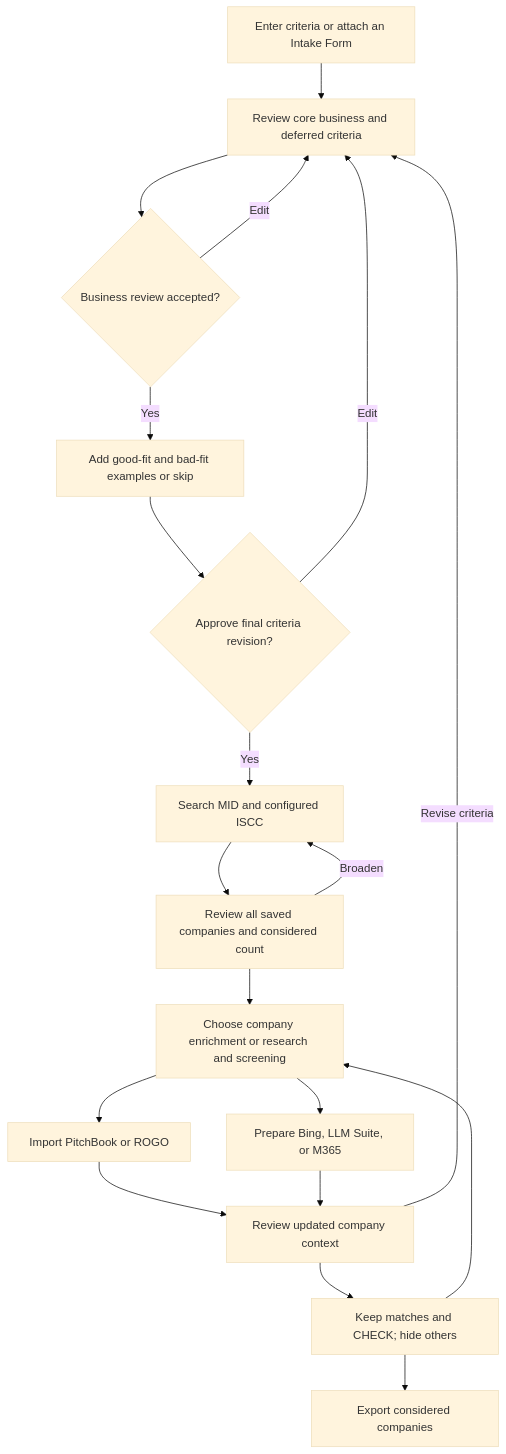
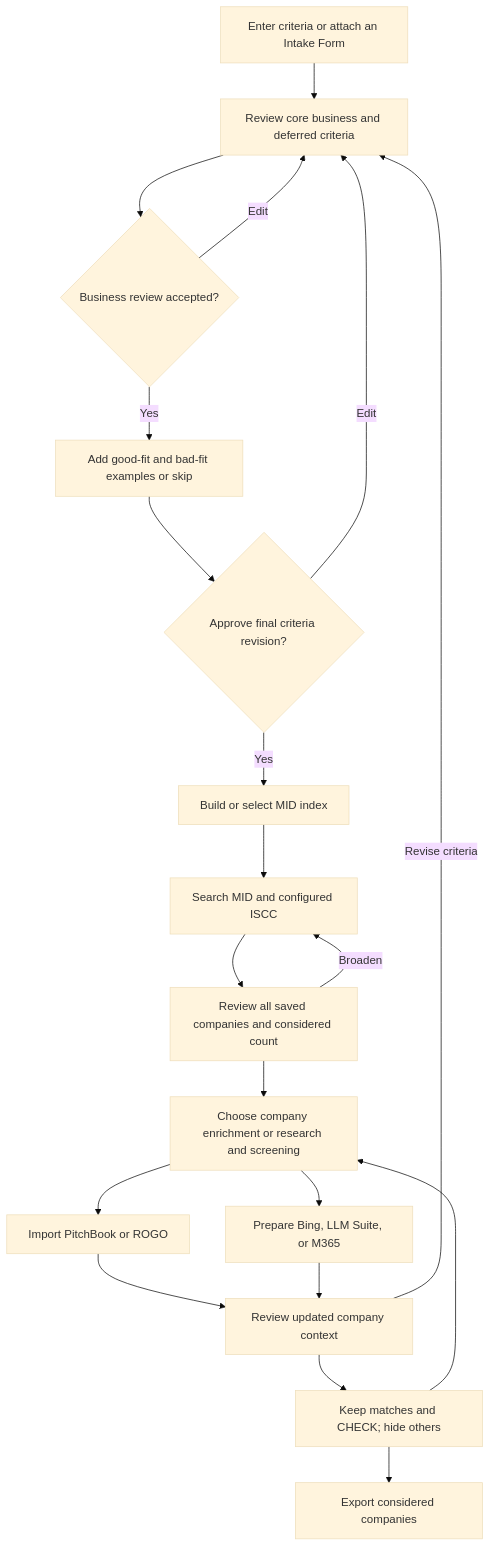
The diagram in mna-tools/docs/WORKFLOW.md (saksham-personal/local-first-mna-screening), drawn with Mermaid (base theme) before and after one commit. The commit also changed other lines of this file and 15 other files, not shown here.

````diff
--- a/mna-tools/docs/WORKFLOW.md
+++ b/mna-tools/docs/WORKFLOW.md
@@ -9,21 +9,22 @@
 ```mermaid
 flowchart TD
     A[Enter criteria or attach an Intake Form] --> B[Review core business and deferred criteria]
     B --> C{Business review accepted?}
     C -- Edit --> B
     C -- Yes --> E[Add good-fit and bad-fit examples or skip]
     E --> F{Approve final criteria revision?}
     F -- Edit --> B
-    F -- Yes --> G[Search MID and configured ISCC]
+    F -- Yes --> X[Build or select MID index]
+    X --> G[Search MID and configured ISCC]
     G --> H[Review all saved companies and considered count]
     H -- Broaden --> G
     H --> I[Choose company enrichment or research and screening]
     I --> J[Import PitchBook or ROGO]
     I --> K[Prepare Bing, LLM Suite, or M365]
     J --> L[Review updated company context]
     K --> L
     L --> M[Keep matches and CHECK; hide others]
     M --> I
     M --> N[Export considered companies]
     L -- Revise criteria --> B
 ```
````
